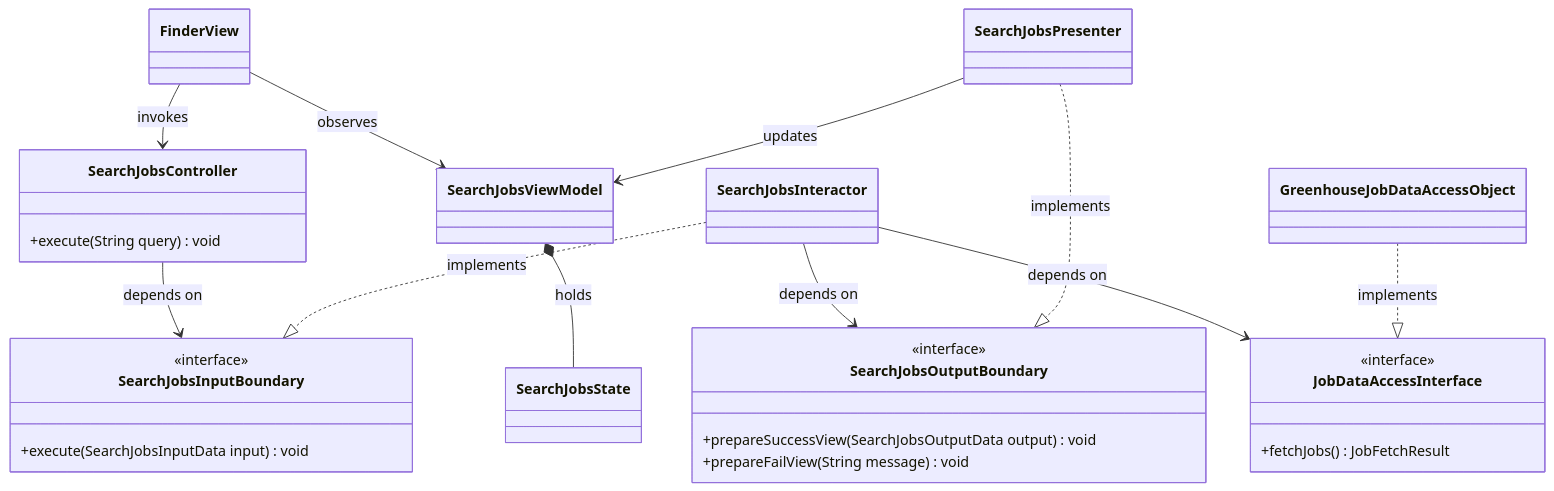
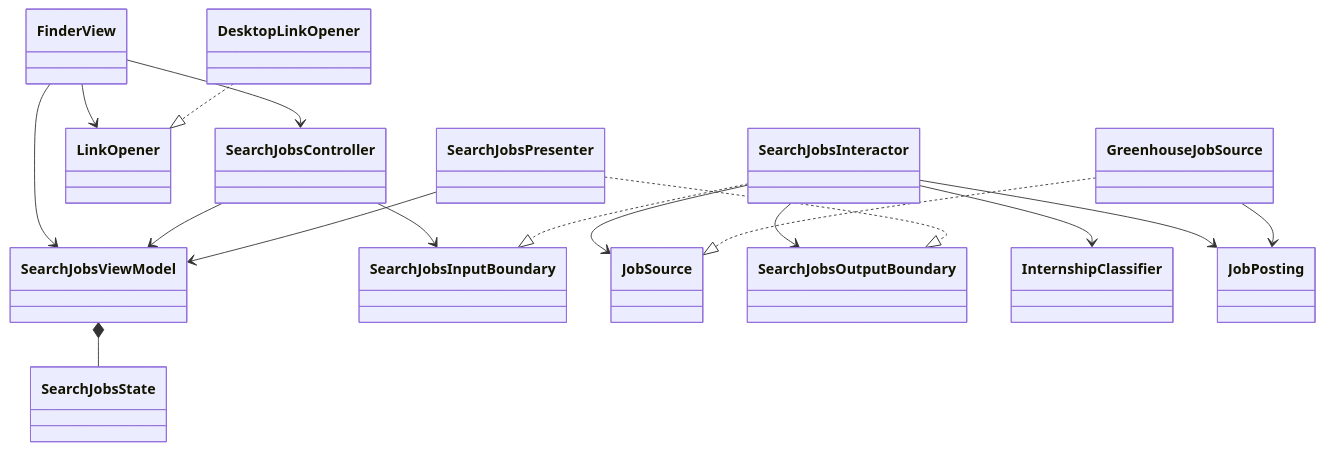
Before and after one commit to CSC207-2025F-UofT/team-project: the first of 2 diagrams in docs/design/finder.md, drawn with Mermaid. The commit also changed other lines of this file and 42 other files, not shown here.

Commit message:
feat: implement UC4 internship Finder with shared job contracts and tests

````diff
--- a/docs/design/finder.md
+++ b/docs/design/finder.md
@@ -21,37 +16,20 @@
 ```mermaid
 classDiagram
 direction TB
-class FinderView
-class SearchJobsController {
-  +execute(String query) void
-}
-class SearchJobsInputBoundary {
-  <<interface>>
-  +execute(SearchJobsInputData input) void
-}
-class SearchJobsInteractor
-class SearchJobsOutputBoundary {
-  <<interface>>
-  +prepareSuccessView(SearchJobsOutputData output) void
-  +prepareFailView(String message) void
-}
-class SearchJobsPresenter
-class SearchJobsViewModel
-class SearchJobsState
-class JobDataAccessInterface {
-  <<interface>>
-  +fetchJobs() JobFetchResult
-}
-class GreenhouseJobDataAccessObject
-
-FinderView --> SearchJobsController : invokes
-FinderView --> SearchJobsViewModel : observes
-SearchJobsController --> SearchJobsInputBoundary : depends on
-SearchJobsInteractor ..|> SearchJobsInputBoundary : implements
-SearchJobsInteractor --> SearchJobsOutputBoundary : depends on
-SearchJobsInteractor --> JobDataAccessInterface : depends on
-SearchJobsPresenter ..|> SearchJobsOutputBoundary : implements
-SearchJobsPresenter --> SearchJobsViewModel : updates
-SearchJobsViewModel *-- SearchJobsState : holds
-GreenhouseJobDataAccessObject ..|> JobDataAccessInterface : implements
+FinderView --> SearchJobsController
+FinderView --> SearchJobsViewModel
+FinderView --> LinkOpener
+DesktopLinkOpener ..|> LinkOpener
+SearchJobsController --> SearchJobsInputBoundary
+SearchJobsController --> SearchJobsViewModel
+SearchJobsInteractor ..|> SearchJobsInputBoundary
+SearchJobsInteractor --> JobSource
+SearchJobsInteractor --> SearchJobsOutputBoundary
+SearchJobsInteractor --> InternshipClassifier
+SearchJobsInteractor --> JobPosting
+GreenhouseJobSource ..|> JobSource
+GreenhouseJobSource --> JobPosting
+SearchJobsPresenter ..|> SearchJobsOutputBoundary
+SearchJobsPresenter --> SearchJobsViewModel
+SearchJobsViewModel *-- SearchJobsState
 ```
````
